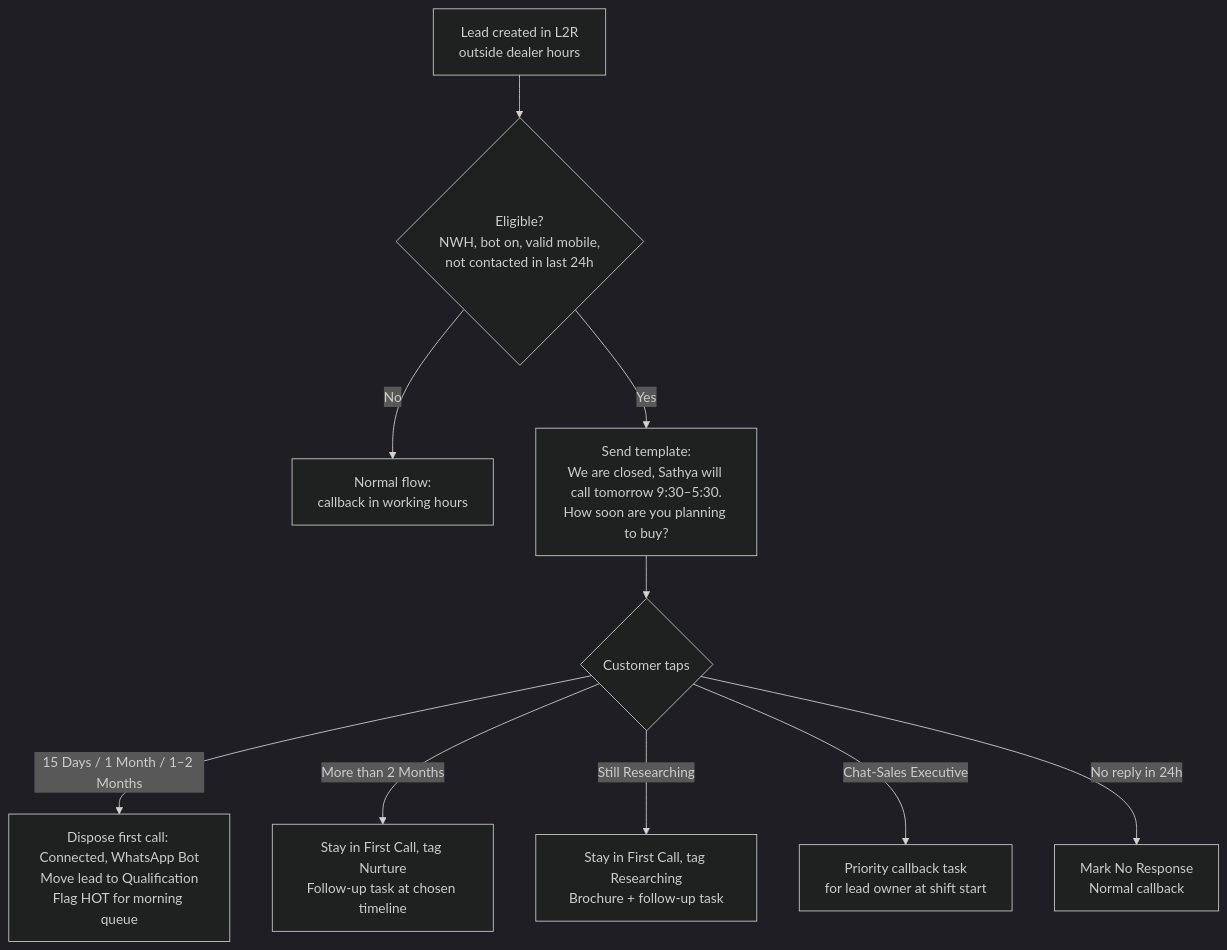
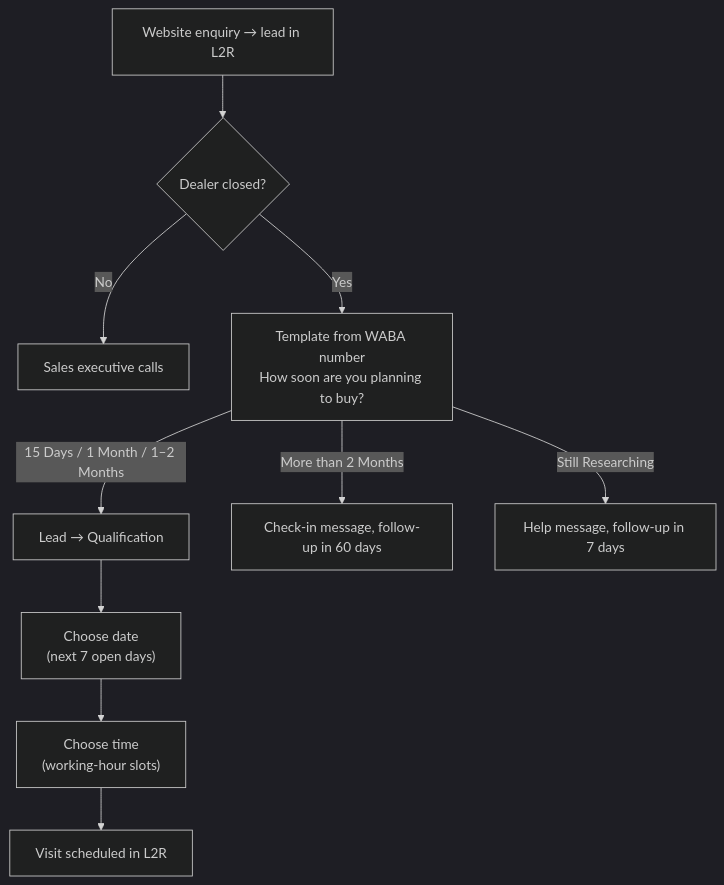
One commit to prakharagarwal2906-lab/nwh-whatsapp-lead-qualifier changed the diagram in README.md. Above: the diagram before and after it, drawn with Mermaid (dark theme). The commit also changed other lines of this file and 1 other file, not shown here.

First line of the commit message:
Design doc and README: visit booking flow and tracking

````diff
--- a/README.md
+++ b/README.md
@@ -147,12 +107,9 @@
 ```mermaid
 flowchart TD
-  A["Lead created in L2R<br/>outside dealer hours"] --> B{"Eligible?<br/>NWH, bot on, valid mobile,<br/>not contacted in last 24h"}
-  B -- No --> Z["Normal flow:<br/>callback in working hours"]
-  B -- Yes --> C["Send template:<br/>We are closed, Sathya will call tomorrow 9:30–5:30.<br/>How soon are you planning to buy?"]
-  C --> D{"Customer taps"}
-  D -- "15 Days / 1 Month / 1–2 Months" --> Q["Dispose first call: Connected, WhatsApp Bot<br/>Move lead to Qualification<br/>Flag HOT for morning queue"]
-  D -- "More than 2 Months" --> N["Stay in First Call, tag Nurture<br/>Follow-up task at chosen timeline"]
-  D -- "Still Researching" --> R["Stay in First Call, tag Researching<br/>Brochure + follow-up task"]
-  D -- "Chat-Sales Executive" --> H["Priority callback task<br/>for lead owner at shift start"]
-  D -- "No reply in 24h" --> E["Mark No Response<br/>Normal callback"]
+  A["Website enquiry → lead in L2R"] --> B{"Dealer closed?"}
+  B -- No --> Z["Sales executive calls"]
+  B -- Yes --> C["Template from WABA number<br/>How soon are you planning to buy?"]
+  C -- "15 Days / 1 Month / 1–2 Months" --> Q["Lead → Qualification"] --> D["Choose date<br/>(next 7 open days)"] --> T["Choose time<br/>(working-hour slots)"] --> V["Visit scheduled in L2R"]
+  C -- "More than 2 Months" --> N["Check-in message, follow-up in 60 days"]
+  C -- "Still Researching" --> R["Help message, follow-up in 7 days"]
 ```
````
